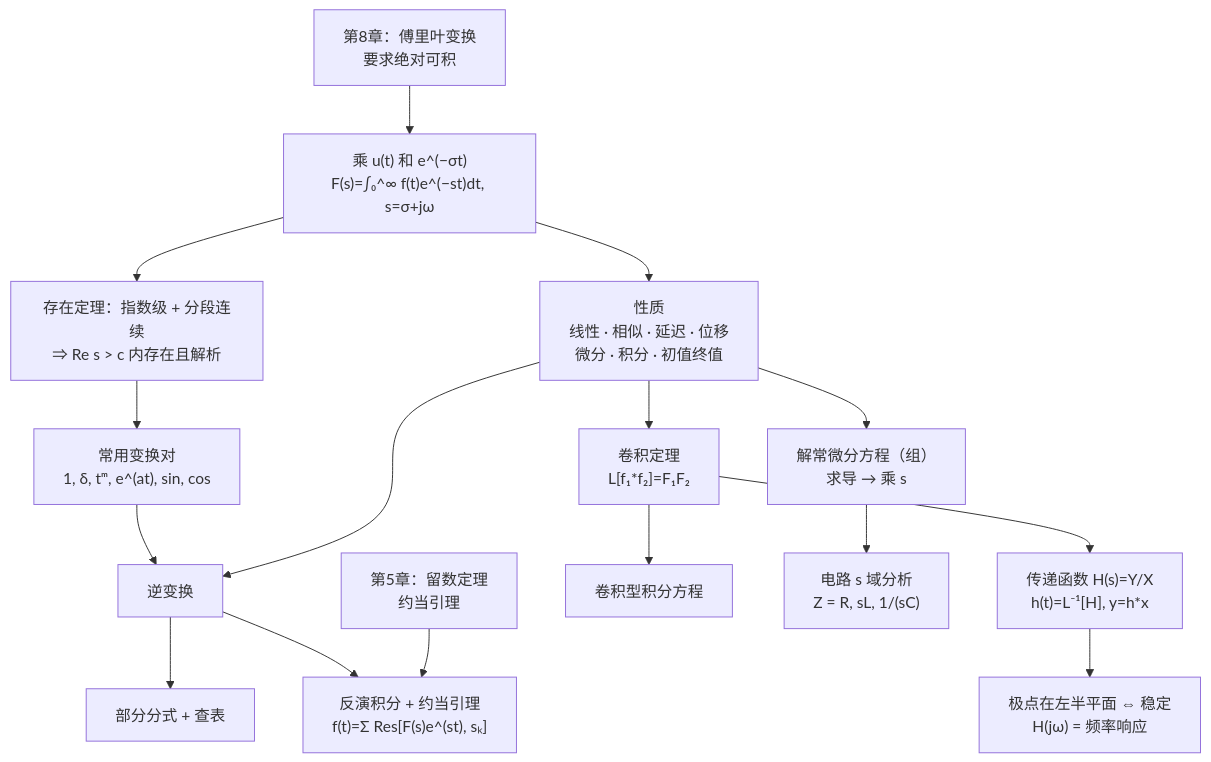
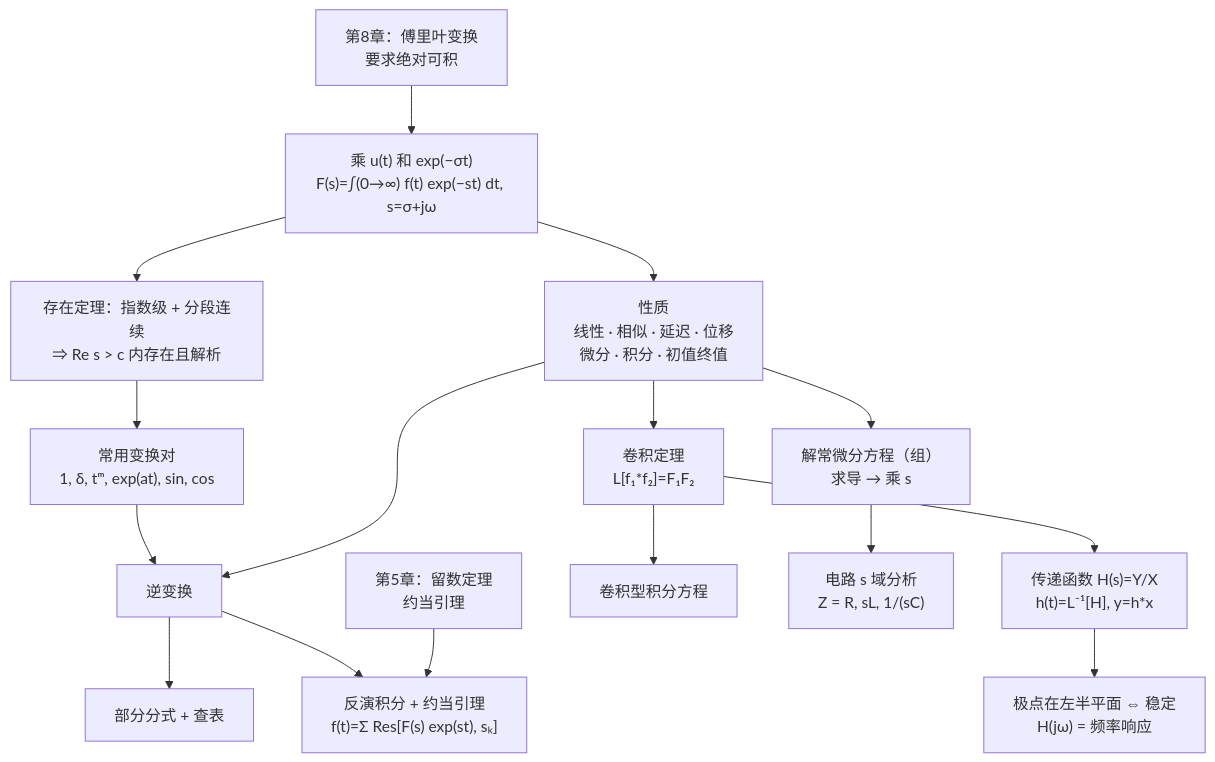
One commit to cockroach-f/complex-functions changed the second of 2 diagrams in docs/ch9.md. Above: the diagram before and after it, drawn with Mermaid. The commit also changed 2 other files, not shown here.

Commit message:
归纳图里的指数改成 exp，避免 ^ 和花括号原样显示。

````diff
--- a/docs/ch9.md
+++ b/docs/ch9.md
@@ -816,18 +816,18 @@
     ```mermaid
     flowchart TD
-        FT["第8章：傅里叶变换<br/>要求绝对可积"] --> DEF["乘 u(t) 和 e^(−σt)<br/>F(s)=∫₀^∞ f(t)e^(−st)dt, s=σ+jω"]
+        FT["第8章：傅里叶变换<br/>要求绝对可积"] --> DEF["乘 u(t) 和 exp(−σt)<br/>F(s)=∫(0→∞) f(t) exp(−st) dt, s=σ+jω"]
         DEF --> EX["存在定理：指数级 + 分段连续<br/>⇒ Re s > c 内存在且解析"]
-        EX --> TAB["常用变换对<br/>1, δ, tᵐ, e^(at), sin, cos"]
+        EX --> TAB["常用变换对<br/>1, δ, tᵐ, exp(at), sin, cos"]
         DEF --> PROP["性质<br/>线性 · 相似 · 延迟 · 位移<br/>微分 · 积分 · 初值终值"]
         PROP --> CONV["卷积定理<br/>L[f₁*f₂]=F₁F₂"]
         TAB --> INV["逆变换"]
         PROP --> INV
         INV --> PF["部分分式 + 查表"]
-        INV --> RES["反演积分 + 约当引理<br/>f(t)=Σ Res[F(s)e^(st), sₖ]"]
+        INV --> RES["反演积分 + 约当引理<br/>f(t)=Σ Res[F(s) exp(st), sₖ]"]
         R5["第5章：留数定理<br/>约当引理"] --> RES
         PROP --> ODE["解常微分方程（组）<br/>求导 → 乘 s"]
         CONV --> IE["卷积型积分方程"]
         ODE --> CIR["电路 s 域分析<br/>Z = R, sL, 1/(sC)"]
         CONV --> H["传递函数 H(s)=Y/X<br/>h(t)=L⁻¹[H], y=h*x"]
         H --> STAB["极点在左半平面 ⇔ 稳定<br/>H(jω) = 频率响应"]
     ```
````
